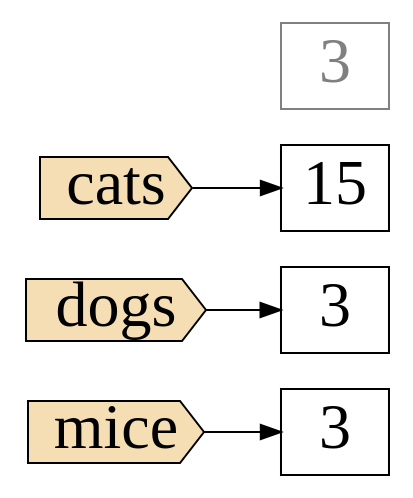
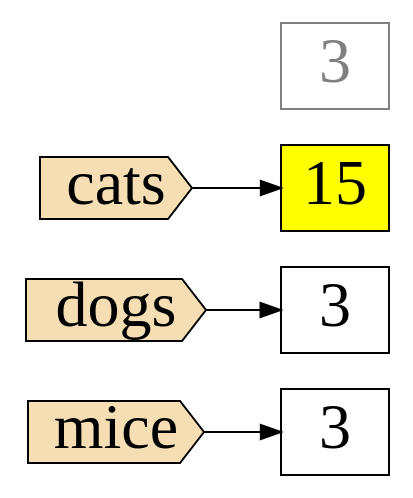
One commit to shoorick/slide-python changed the diagram in images/var-multiple.dot. Above: the diagram before and after it, drawn with Graphviz. The commit also changed 1 other file, not shown here.

```diff
--- a/images/var-multiple.dot
+++ b/images/var-multiple.dot
@@ -1,21 +1,22 @@
 digraph G {
     graph [ rankdir=LR ]
-    node  [ shape=box, fontname="PT Mono", fontsize=32 ]
+    node  [ shape=box, style=filled, fillcolor=white, fontname="PT Mono", fontsize=32 ]
 
-    mice  [ shape=cds, style=filled, fillcolor=wheat ]
+    mice  [ shape=cds, fillcolor=wheat ]
     mice3 [ label=3 ]
     mice -> mice3
 
-    dogs  [ shape=cds, style=filled, fillcolor=wheat ]
+    dogs  [ shape=cds, fillcolor=wheat ]
     dogs3 [ label=3 ]
     dogs -> dogs3
 
     none -> cats3 [ style=invis ]
     none [ style=invis ]
 
-    cats  [ shape=cds, style=filled, fillcolor=wheat ]
-    cats -> 15
+    cats  [ shape=cds, fillcolor=wheat ]
+    cats -> cats15
+    cats15  [ fillcolor="yellow", label="15" ]
 
     cats3 [ fontcolor=grey, color=grey, label="3" ]
     cats -> cats3 [ style=invis ]
 }
```
